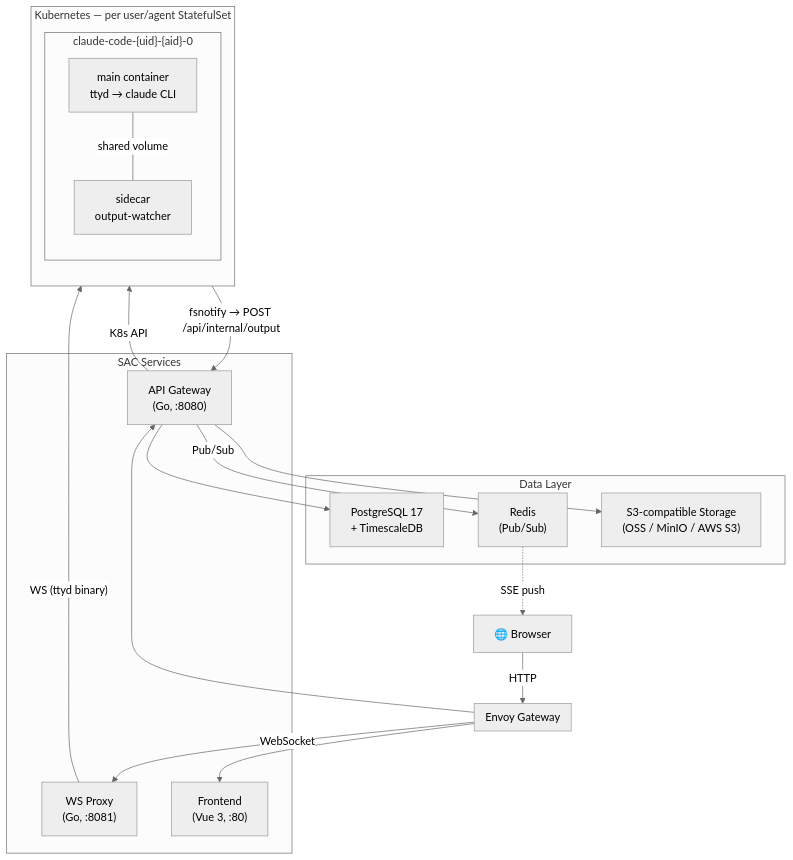
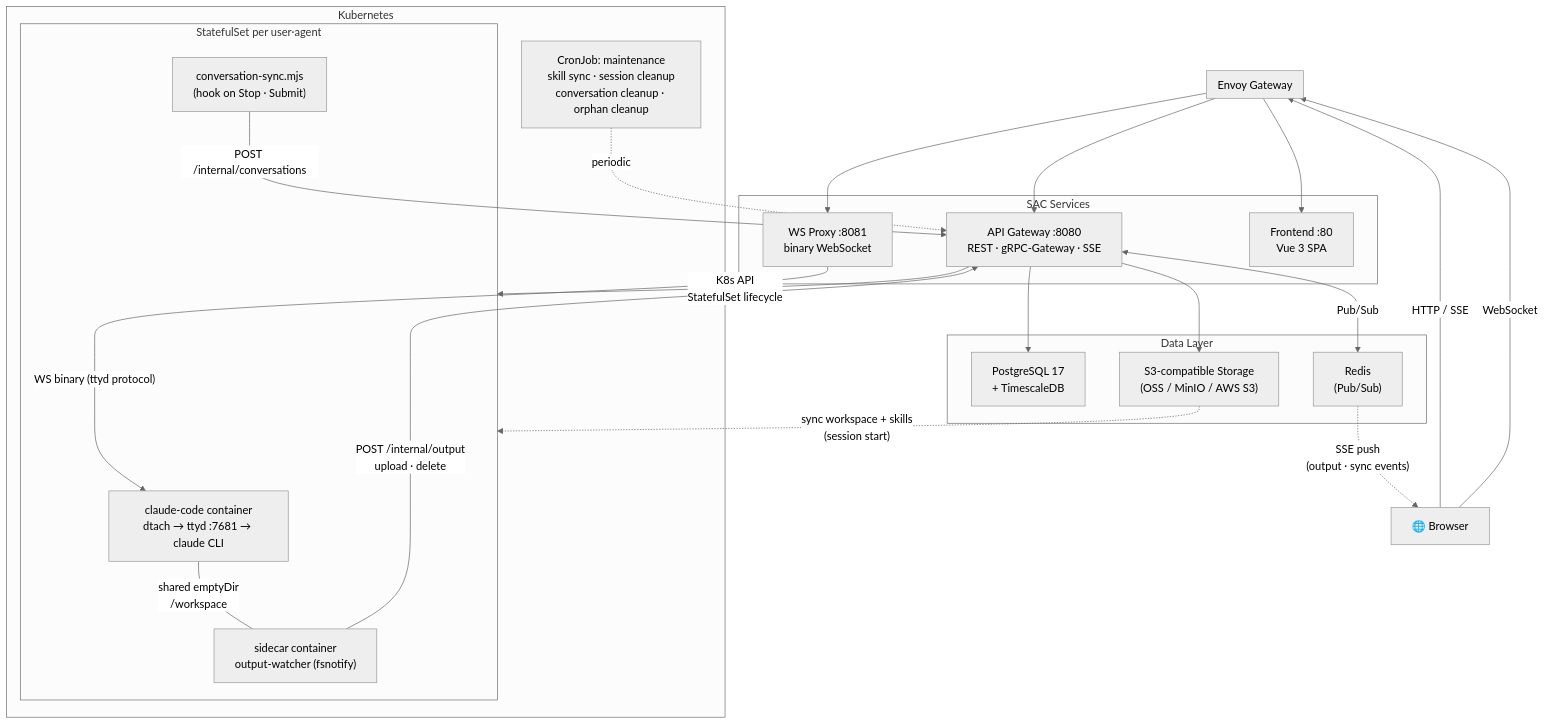
The first of 2 diagrams in README.md (aireet/sac), drawn with Mermaid (neutral theme) before and after one commit. The commit also changed other lines of this file and 1 other file, not shown here.

Commit message:
docs: redesign architecture diagrams with full system details
Add gRPC-Gateway, conversation-sync hook, maintenance CronJob,
and dtach session persistence to system overview diagram. Add
agent pod internals diagram showing ConfigMap mounts, skill sync,
and incremental conversation sync. Split diagrams with section
headings for readability.

````diff
--- a/README.md
+++ b/README.md
@@ -26,44 +28,49 @@
 ```mermaid
 graph TB
     Browser["🌐 Browser"]
 
     subgraph Gateway["Envoy Gateway"]
         direction LR
     end
 
     subgraph Services["SAC Services"]
-        API["API Gateway<br/>(Go, :8080)"]
-        WS["WS Proxy<br/>(Go, :8081)"]
-        FE["Frontend<br/>(Vue 3, :80)"]
+        API["API Gateway :8080<br/>REST · gRPC-Gateway · SSE"]
+        WS["WS Proxy :8081<br/>binary WebSocket"]
+        FE["Frontend :80<br/>Vue 3 SPA"]
     end
 
     subgraph Data["Data Layer"]
         PG["PostgreSQL 17<br/>+ TimescaleDB"]
         Redis["Redis<br/>(Pub/Sub)"]
         S3["S3-compatible Storage<br/>(OSS / MinIO / AWS S3)"]
     end
 
-    subgraph K8s["Kubernetes — per user/agent StatefulSet"]
-        direction TB
-        subgraph Pod["claude-code-{uid}-{aid}-0"]
-            Main["main container<br/>ttyd → claude CLI"]
-            Sidecar["sidecar<br/>output-watcher"]
+    subgraph K8s["Kubernetes"]
+        subgraph Pod["StatefulSet per user·agent"]
+            Main["claude-code container<br/>dtach → ttyd :7681 → claude CLI"]
+            Sidecar["sidecar container<br/>output-watcher (fsnotify)"]
+            Hook["conversation-sync.mjs<br/>(hook on Stop · Submit)"]
         end
+        Cron["CronJob: maintenance<br/>skill sync · session cleanup<br/>conversation cleanup · orphan cleanup"]
     end
 
-    Browser -->|HTTP| Gateway
+    Browser -->|"HTTP / SSE"| Gateway
+    Browser -->|WebSocket| Gateway
+    Gateway --> FE
     Gateway --> API
-    Gateway -->|WebSocket| WS
-    Gateway --> FE
+    Gateway --> WS
 
-    WS -->|"WS (ttyd binary)"| Main
-    API -->|K8s API| Pod
+    WS -->|"WS binary (ttyd protocol)"| Main
+    API -->|"K8s API<br/>StatefulSet lifecycle"| Pod
     API --> PG
     API --> S3
-    API -->|Pub/Sub| Redis
+    API <-->|Pub/Sub| Redis
 
-    Sidecar -->|"fsnotify → POST /api/internal/output"| API
-    Redis -.->|"SSE push"| Browser
+    Sidecar -->|"POST /internal/output<br/>upload · delete"| API
+    Hook -->|"POST /internal/conversations"| API
+    Main ---|"shared emptyDir<br/>/workspace"| Sidecar
 
-    Main ---|shared volume| Sidecar
+    S3 -.->|"sync workspace + skills<br/>(session start)"| Pod
+    Redis -.->|"SSE push<br/>(output · sync events)"| Browser
+    Cron -.->|periodic| API
 ```
````
